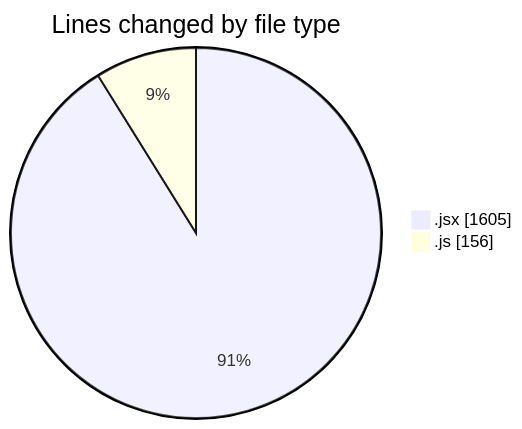
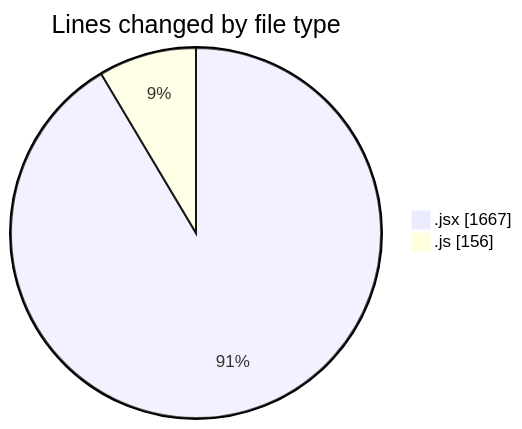
One commit to nxtqubesakshisongat/code-tracking changed the first of 2 diagrams in 2025-05-22/nxtqube_webapp/README.md. Above: the diagram before and after it, drawn with Mermaid. The commit also changed other lines of this file and 1 other file, not shown here.

````diff
--- a/2025-05-22/nxtqube_webapp/README.md
+++ b/2025-05-22/nxtqube_webapp/README.md
@@ -21,6 +21,6 @@
 ```mermaid
 pie showData
 title Lines changed by file type
-".jsx" : 1605
+".jsx" : 1667
 ".js" : 156
 ```
````
